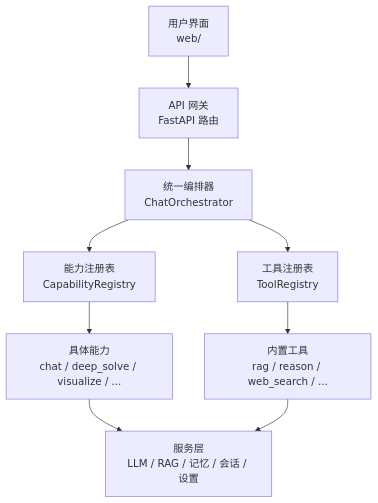
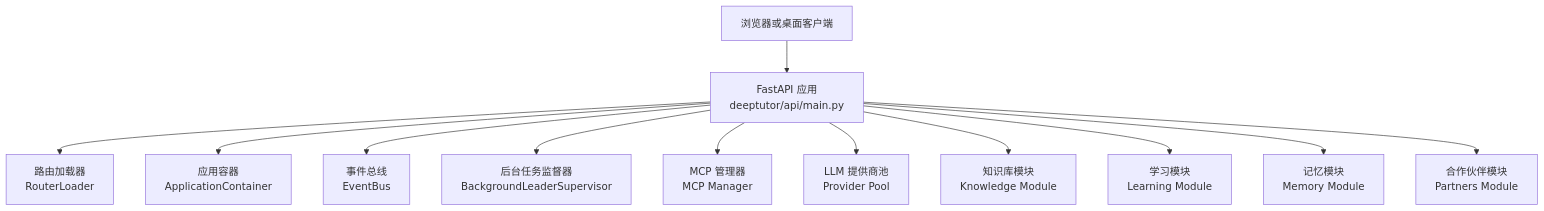
Before and after one commit to gongzili456/DeepTutor: the first of 5 diagrams in .qoder/repowiki/zh/content/项目概述/项目介绍与目标.md, drawn with Mermaid. The commit also changed other lines of this file and 1242 other files, not shown here.

````diff
--- a/.qoder/repowiki/zh/content/项目概述/项目介绍与目标.md
+++ b/.qoder/repowiki/zh/content/项目概述/项目介绍与目标.md
@@ -51,11 +64,14 @@
 ```mermaid
 graph TB
-A["用户界面<br/>web/"] --> B["API 网关<br/>FastAPI 路由"]
-B --> C["统一编排器<br/>ChatOrchestrator"]
-C --> D["能力注册表<br/>CapabilityRegistry"]
-C --> E["工具注册表<br/>ToolRegistry"]
-D --> F["具体能力<br/>chat / deep_solve / visualize / ..."]
-E --> G["内置工具<br/>rag / reason / web_search / ..."]
-F --> H["服务层<br/>LLM / RAG / 记忆 / 会话 / 设置"]
-G --> H
+Client["浏览器或桌面客户端"] --> API["FastAPI 应用<br/>deeptutor/api/main.py"]
+API --> RouterLoader["路由加载器<br/>RouterLoader"]
+API --> Container["应用容器<br/>ApplicationContainer"]
+API --> EventBus["事件总线<br/>EventBus"]
+API --> BackgroundSupervisor["后台任务监督器<br/>BackgroundLeaderSupervisor"]
+API --> MCPManager["MCP 管理器<br/>MCP Manager"]
+API --> LLMProviderPool["LLM 提供商池<br/>Provider Pool"]
+API --> KnowledgeModule["知识库模块<br/>Knowledge Module"]
+API --> LearningModule["学习模块<br/>Learning Module"]
+API --> MemoryModule["记忆模块<br/>Memory Module"]
+API --> PartnersModule["合作伙伴模块<br/>Partners Module"]
 ```
````
